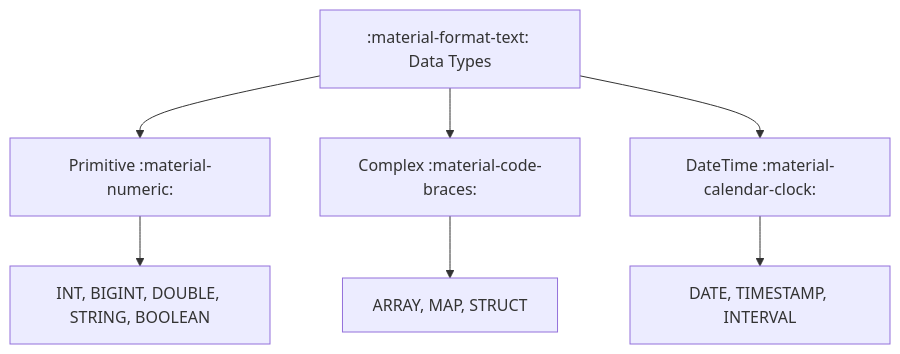
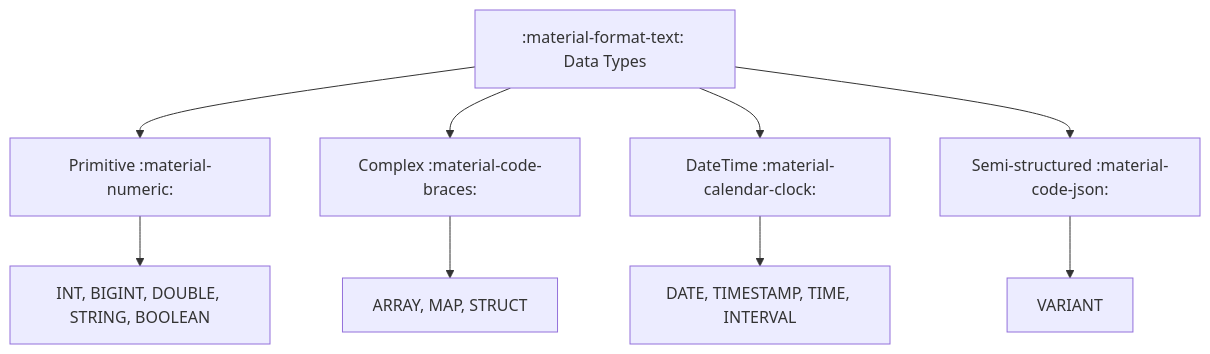
One commit to mahfooziiitian/spark-batch changed the diagram in spark-sql/docs/types/index.md. Above: the diagram before and after it, drawn with Mermaid. The commit also changed other lines of this file and 20 other files, not shown here.

````diff
--- a/spark-sql/docs/types/index.md
+++ b/spark-sql/docs/types/index.md
@@ -8,9 +8,11 @@
 ```mermaid
 graph TD
     A[":material-format-text: Data Types"] --> B["Primitive :material-numeric:"]
     A --> C["Complex :material-code-braces:"]
     A --> D["DateTime :material-calendar-clock:"]
+    A --> V["Semi-structured :material-code-json:"]
     B --> E["INT, BIGINT, DOUBLE, STRING, BOOLEAN"]
     C --> F["ARRAY, MAP, STRUCT"]
-    D --> G["DATE, TIMESTAMP, INTERVAL"]
+    D --> G["DATE, TIMESTAMP, TIME, INTERVAL"]
+    V --> H["VARIANT"]
 ```
````
